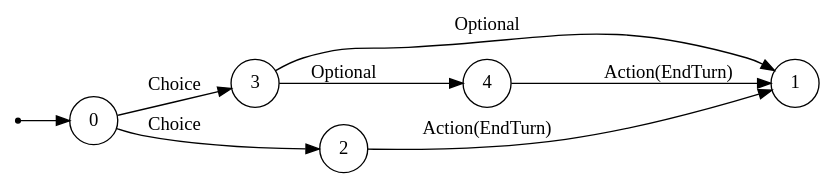
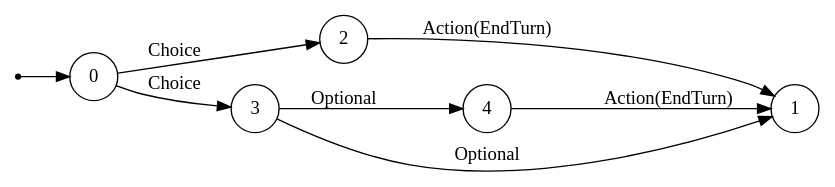
The diagram in ir/tests_out/choice_rule.dot (mentalcardgames/mcg), drawn with Graphviz before and after one commit. The commit also changed other lines of this file and 18 other files, not shown here.

```diff
--- a/ir/tests_out/choice_rule.dot
+++ b/ir/tests_out/choice_rule.dot
@@ -1,12 +1,12 @@
 digraph FSM {
   rankdir=LR;
   node [shape = circle];
+  0 -> 2 [label="Choice"];
+  4 -> 1 [label="Action(EndTurn)"];
+  0 -> 3 [label="Choice"];
+  3 -> 4 [label="Optional"];
+  2 -> 1 [label="Action(EndTurn)"];
   3 -> 1 [label="Optional"];
-  4 -> 1 [label="Action(EndTurn)"];
-  2 -> 1 [label="Action(EndTurn)"];
-  0 -> 3 [label="Choice"];
-  0 -> 2 [label="Choice"];
-  3 -> 4 [label="Optional"];
   start [shape=point];
   start -> 0;
 }
```
